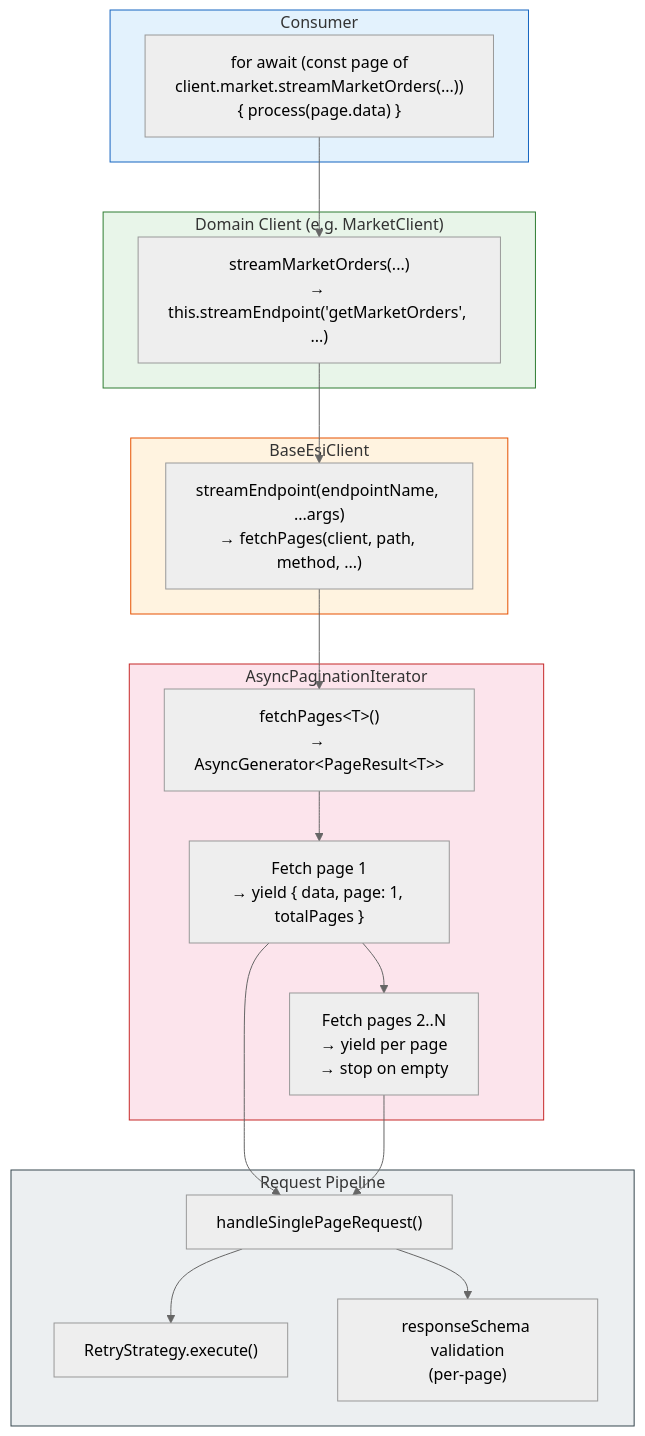
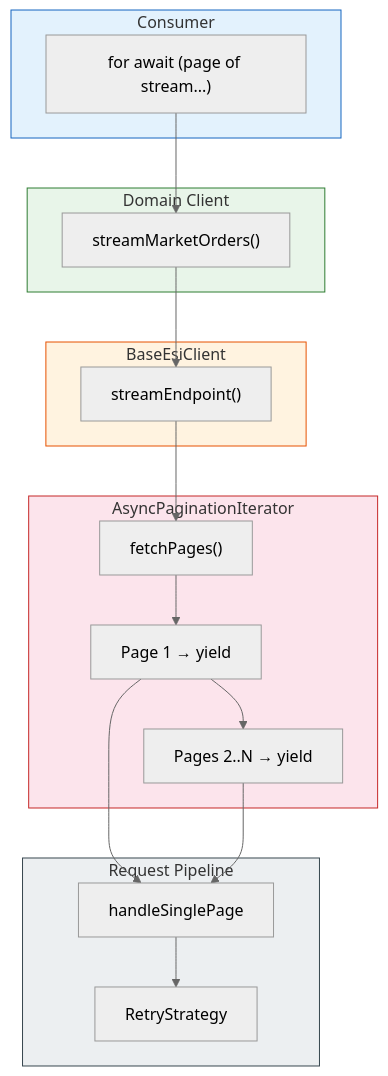
Diagram 17 of 18 in guides/ARCHITECTURE.md (lgriffin/ESI.ts), drawn with Mermaid (neutral theme) before and after one commit. The commit also changed other lines of this file, not shown here.

First line of the commit message:
docs: fix sequence diagram rendering and enrich architecture prose

````diff
--- a/guides/ARCHITECTURE.md
+++ b/guides/ARCHITECTURE.md
@@ -996,42 +918,36 @@
 ```mermaid
-graph TB
-    subgraph Consumer["Consumer"]
-        ForAwait["for await (const page of<br/>client.market.streamMarketOrders(...))<br/>{ process(page.data) }"]
+flowchart TB
+    subgraph Consumer ["Consumer"]
+        fa["for await (page of stream...)"]
     end
 
-    subgraph DomainClient["Domain Client (e.g. MarketClient)"]
-        StreamMethod["streamMarketOrders(...)<br/>→ this.streamEndpoint('getMarketOrders', ...)"]
+    subgraph Domain ["Domain Client"]
+        sm["streamMarketOrders()"]
     end
 
-    subgraph BaseClient["BaseEsiClient"]
-        StreamEndpoint["streamEndpoint(endpointName, ...args)<br/>→ fetchPages(client, path, method, ...)"]
+    subgraph Base ["BaseEsiClient"]
+        se["streamEndpoint()"]
     end
 
-    subgraph AsyncIterator["AsyncPaginationIterator"]
-        FetchPages["fetchPages&lt;T&gt;()<br/>→ AsyncGenerator&lt;PageResult&lt;T&gt;&gt;"]
-        FirstPage["Fetch page 1<br/>→ yield { data, page: 1, totalPages }"]
-        NextPages["Fetch pages 2..N<br/>→ yield per page<br/>→ stop on empty"]
+    subgraph Iterator ["AsyncPaginationIterator"]
+        fp["fetchPages()"]
+        p1["Page 1 → yield"]
+        pn["Pages 2..N → yield"]
     end
 
-    subgraph Pipeline["Request Pipeline"]
-        SinglePage["handleSinglePageRequest()"]
-        Retry["RetryStrategy.execute()"]
-        Validate["responseSchema validation<br/>(per-page)"]
+    subgraph Pipeline ["Request Pipeline"]
+        sp["handleSinglePage"]
+        retry["RetryStrategy"]
     end
 
-    ForAwait --> StreamMethod
-    StreamMethod --> StreamEndpoint
-    StreamEndpoint --> FetchPages
-    FetchPages --> FirstPage
-    FirstPage --> NextPages
-    FirstPage --> SinglePage
-    NextPages --> SinglePage
-    SinglePage --> Retry
-    SinglePage --> Validate
+    fa --> sm --> se --> fp
+    fp --> p1 --> pn
+    p1 --> sp --> retry
+    pn --> sp
 
     style Consumer fill:#e3f2fd,stroke:#1565c0
-    style DomainClient fill:#e8f5e9,stroke:#2e7d32
-    style BaseClient fill:#fff3e0,stroke:#e65100
-    style AsyncIterator fill:#fce4ec,stroke:#c62828
+    style Domain fill:#e8f5e9,stroke:#2e7d32
+    style Base fill:#fff3e0,stroke:#e65100
+    style Iterator fill:#fce4ec,stroke:#c62828
     style Pipeline fill:#eceff1,stroke:#37474f
 ```
````
